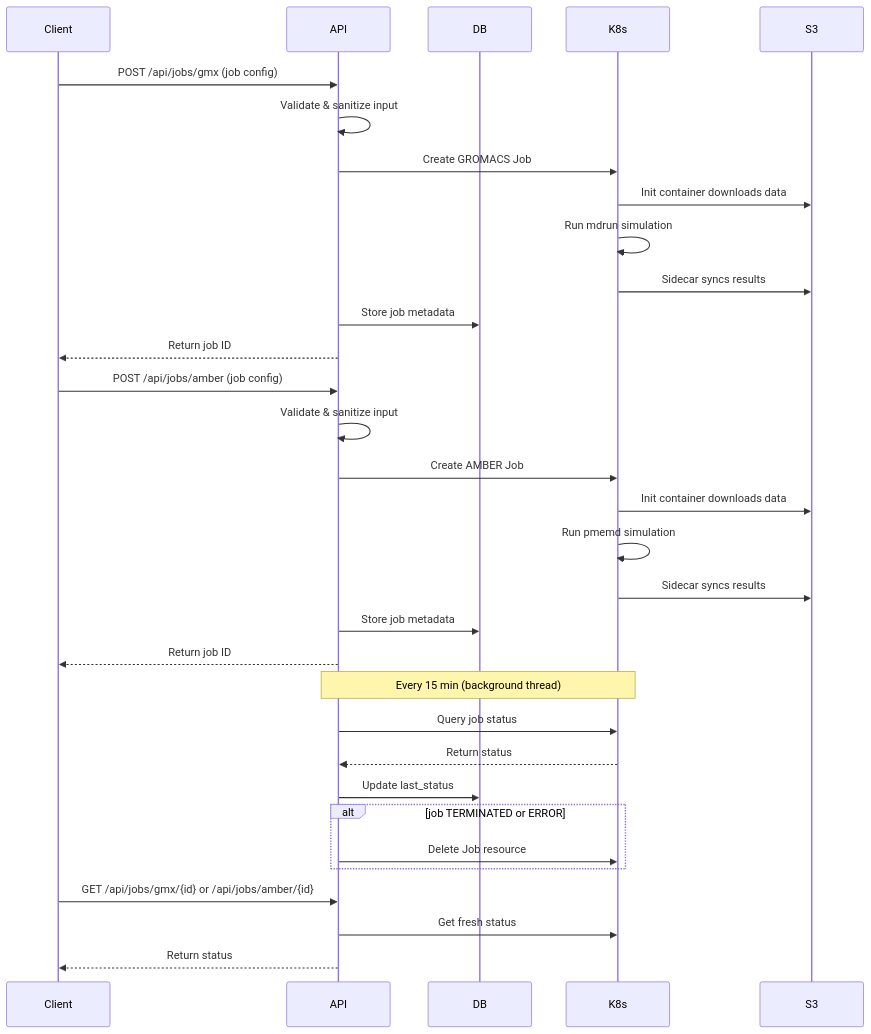
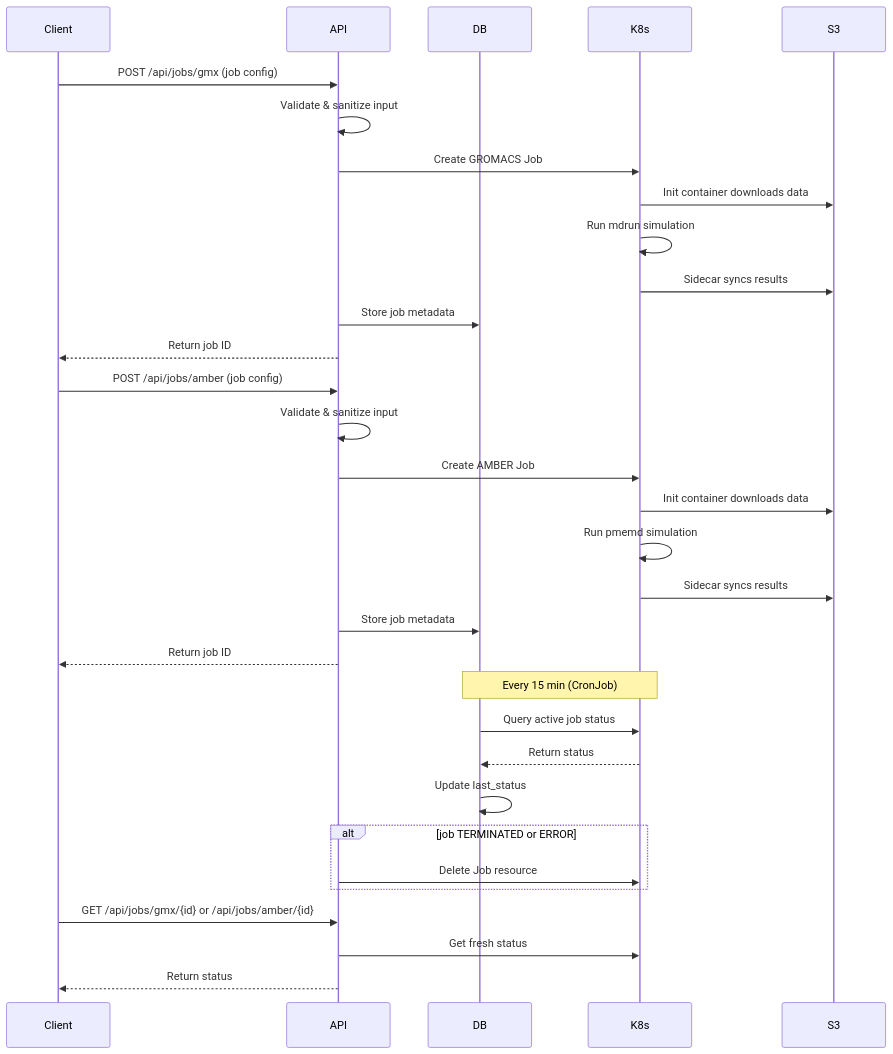
One commit to CERIT-SC/mddash changed the diagram in mdrun-api/AGENTS.md. Above: the diagram before and after it, drawn with Mermaid. The commit also changed other lines of this file and 22 other files, not shown here.

First line of the commit message:
feat(mdrun-api): migrate from uWSGI to Gunicorn and replace in-process polling with CronJob

````diff
--- a/mdrun-api/AGENTS.md
+++ b/mdrun-api/AGENTS.md
@@ -28,38 +29,38 @@
 ```mermaid
 sequenceDiagram
     participant Client
     participant API
     participant DB
     participant K8s
     participant S3
 
     Client->>API: POST /api/jobs/gmx (job config)
     API->>API: Validate & sanitize input
     API->>K8s: Create GROMACS Job
     K8s->>S3: Init container downloads data
     K8s->>K8s: Run mdrun simulation
     K8s->>S3: Sidecar syncs results
     API->>DB: Store job metadata
     API-->>Client: Return job ID
 
     Client->>API: POST /api/jobs/amber (job config)
     API->>API: Validate & sanitize input
     API->>K8s: Create AMBER Job
     K8s->>S3: Init container downloads data
     K8s->>K8s: Run pmemd simulation
     K8s->>S3: Sidecar syncs results
     API->>DB: Store job metadata
     API-->>Client: Return job ID
 
-    Note over API,K8s: Every 15 min (background thread)
-    API->>K8s: Query job status
-    K8s-->>API: Return status
-    API->>DB: Update last_status
+    Note over DB,K8s: Every 15 min (CronJob)
+    DB->>K8s: Query active job status
+    K8s-->>DB: Return status
+    DB->>DB: Update last_status
     alt job TERMINATED or ERROR
         API->>K8s: Delete Job resource
     end
 
     Client->>API: GET /api/jobs/gmx/{id} or /api/jobs/amber/{id}
     API->>K8s: Get fresh status
     API-->>Client: Return status
 ```
````
